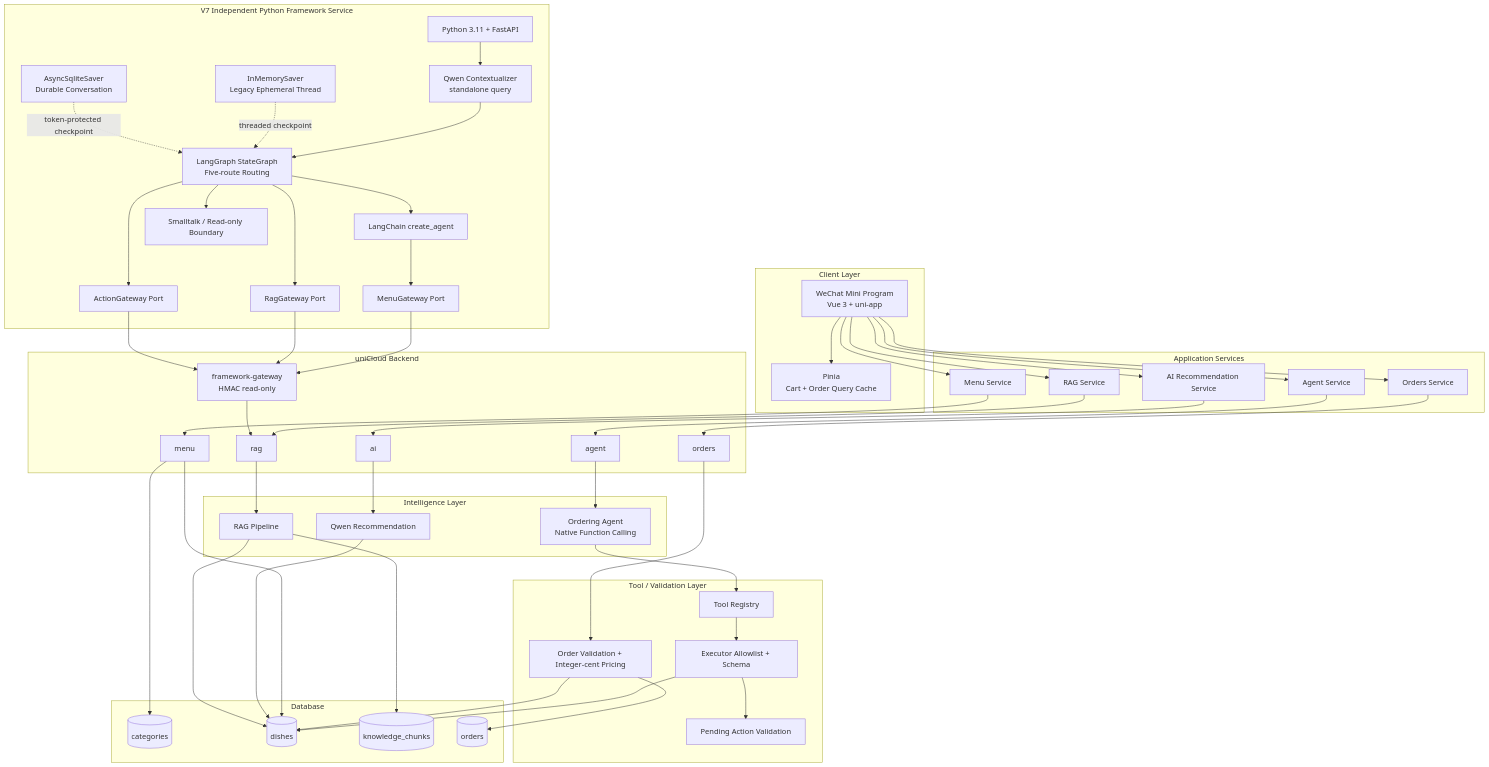
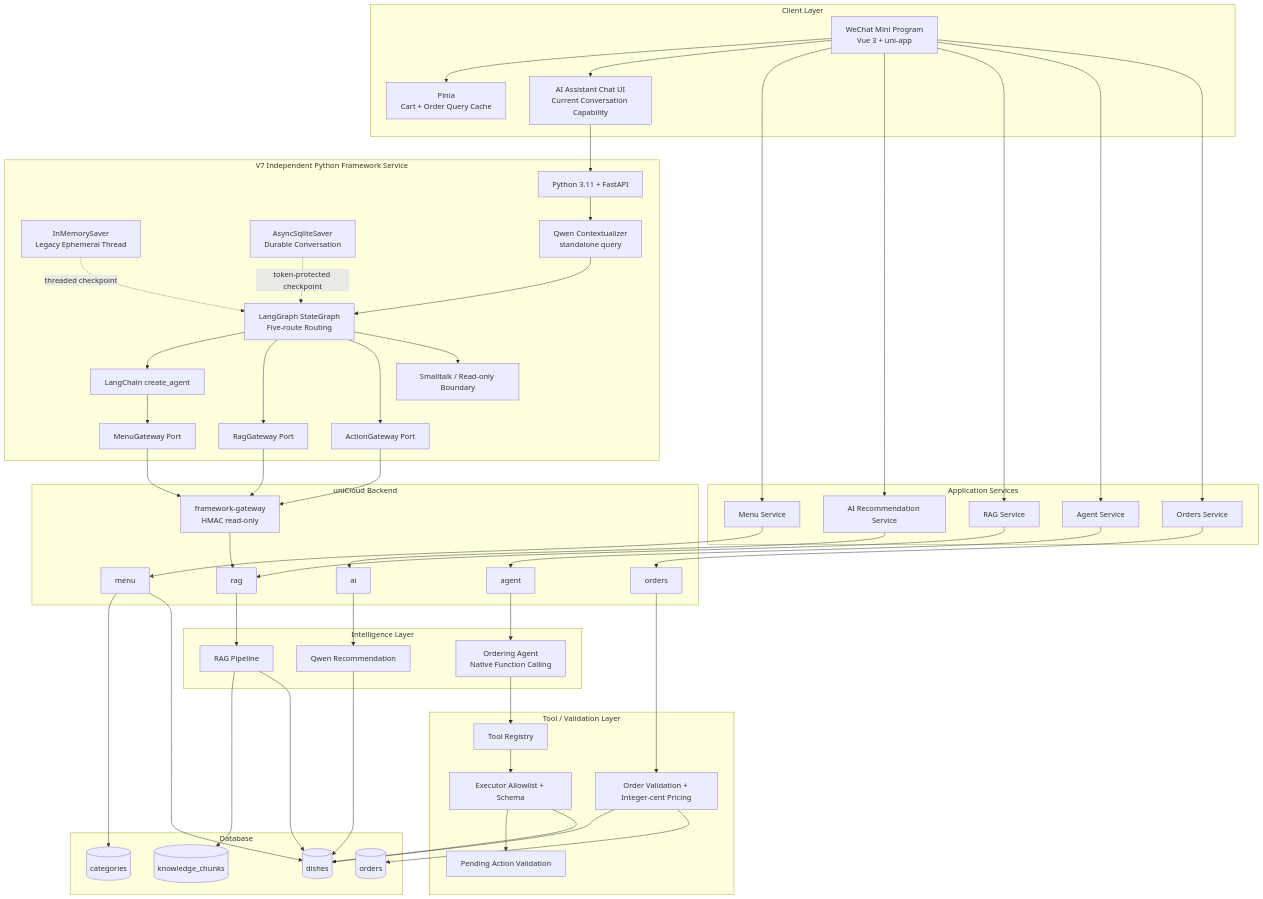
Before and after one commit to LI-ZONGRUI/smart-ordering-agent: the first of 3 diagrams in docs/ARCHITECTURE.md, drawn with Mermaid. The commit also changed other lines of this file and 14 other files, not shown here.

Commit message:
feat: add persistent WeChat agent conversation UI

```diff
--- a/docs/ARCHITECTURE.md
+++ b/docs/ARCHITECTURE.md
@@ -38,6 +39,7 @@
 graph TB
   subgraph Client[Client Layer]
     WX[WeChat Mini Program<br/>Vue 3 + uni-app]
+    CHAT[AI Assistant Chat UI<br/>Current Conversation Capability]
     PINIA[Pinia<br/>Cart + Order Query Cache]
   end
 
@@ -99,6 +101,7 @@
   end
 
   WX --> PINIA
+  WX --> CHAT --> FASTAPI
   WX --> MS
   WX --> AIS
   WX --> RS
```
